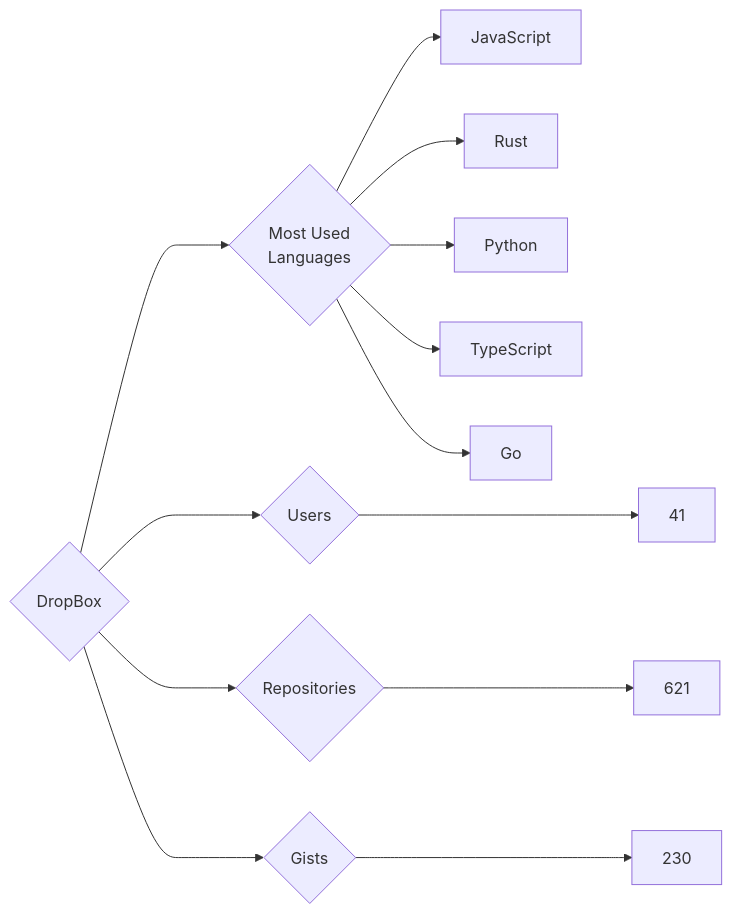
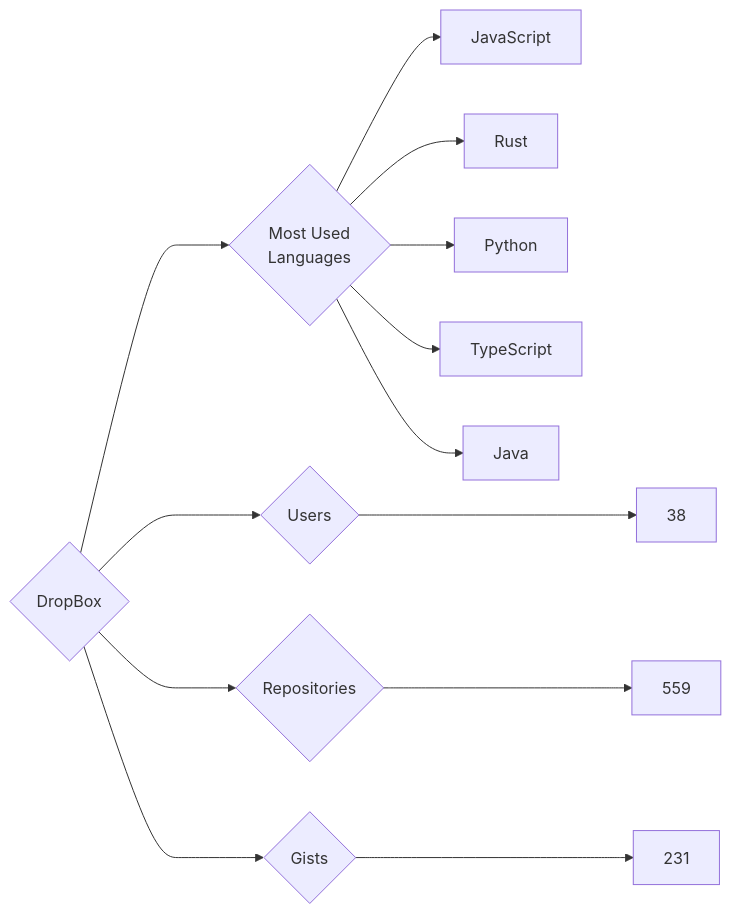
The diagram in targets/DropBox/README.md (trickest/insiders), drawn with Mermaid before and after one commit. The commit also changed 809 other files, not shown here.

````diff
--- a/targets/DropBox/README.md
+++ b/targets/DropBox/README.md
@@ -3,13 +3,13 @@
 ```mermaid
 graph LR
 COMPANY_NAME{DropBox}
-COMPANY_NAME ---> U{Users} ---> UN[41]
-COMPANY_NAME ---> R{Repositories} ---> RN[621]
-COMPANY_NAME ---> G{Gists} ---> GN[230]
+COMPANY_NAME ---> U{Users} ---> UN[38]
+COMPANY_NAME ---> R{Repositories} ---> RN[559]
+COMPANY_NAME ---> G{Gists} ---> GN[231]
 COMPANY_NAME ---> ML{Most Used<br>Languages}
 ML --> JavaScript[JavaScript]
 ML --> Rust[Rust]
 ML --> Python[Python]
 ML --> TypeScript[TypeScript]
-ML --> Go[Go]
+ML --> Java[Java]
 ```
````
